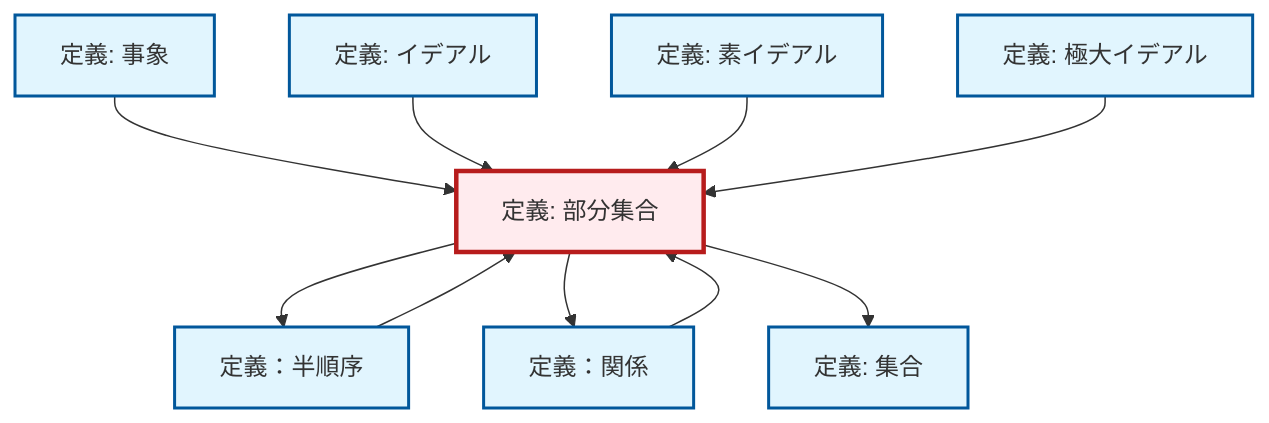
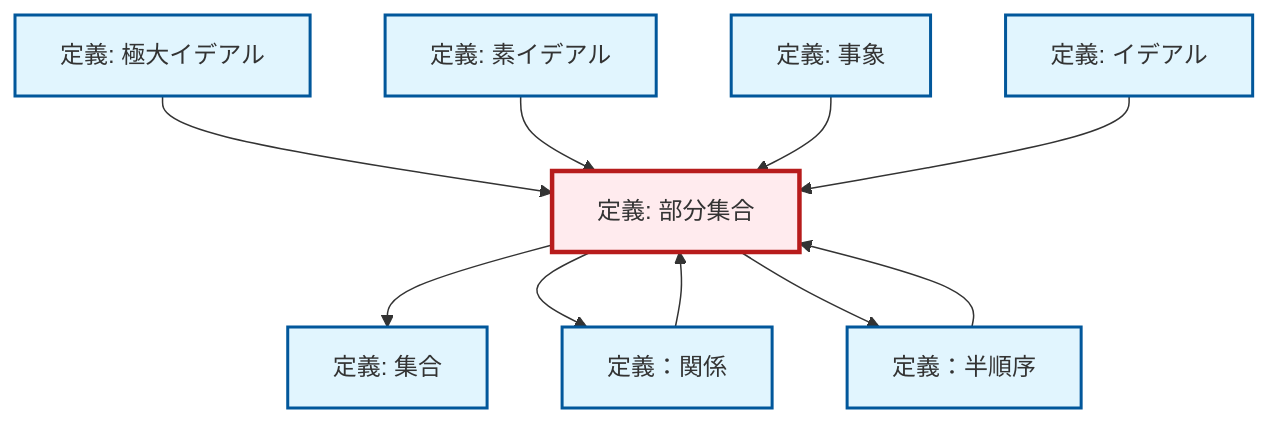
Before and after one commit to RK0429/ModernMath: the diagram in content/ja/logic-set-theory/def-subset.qmd, drawn with Mermaid. The commit also changed other lines of this file and 1012 other files, not shown here.

````diff
--- a/content/ja/logic-set-theory/def-subset.qmd
+++ b/content/ja/logic-set-theory/def-subset.qmd
@@ -52,34 +52,34 @@
 ```{mermaid}
 %%| fig-cap: "Local dependency graph"
 graph TD
     classDef definition fill:#e1f5fe,stroke:#01579b,stroke-width:2px
     classDef theorem fill:#f3e5f5,stroke:#4a148c,stroke-width:2px
     classDef axiom fill:#fff3e0,stroke:#e65100,stroke-width:2px
     classDef example fill:#e8f5e9,stroke:#1b5e20,stroke-width:2px
     classDef current fill:#ffebee,stroke:#b71c1c,stroke-width:3px
+    def-maximal-ideal["定義: 極大イデアル"]:::definition
+    def-subset["定義: 部分集合"]:::definition
+    def-partial-order["定義：半順序"]:::definition
     def-set["定義: 集合"]:::definition
-    def-maximal-ideal["定義: 極大イデアル"]:::definition
     def-prime-ideal["定義: 素イデアル"]:::definition
+    def-event["定義: 事象"]:::definition
+    def-ideal["定義: イデアル"]:::definition
     def-relation["定義：関係"]:::definition
-    def-ideal["定義: イデアル"]:::definition
-    def-event["定義: 事象"]:::definition
-    def-partial-order["定義：半順序"]:::definition
-    def-subset["定義: 部分集合"]:::definition
+    def-maximal-ideal --> def-subset
+    def-subset --> def-set
+    def-prime-ideal --> def-subset
+    def-event --> def-subset
+    def-relation --> def-subset
+    def-subset --> def-relation
+    def-ideal --> def-subset
     def-subset --> def-partial-order
-    def-subset --> def-relation
-    def-subset --> def-set
-    def-event --> def-subset
-    def-ideal --> def-subset
-    def-prime-ideal --> def-subset
     def-partial-order --> def-subset
-    def-relation --> def-subset
-    def-maximal-ideal --> def-subset
     class def-subset current
+    click def-maximal-ideal "def-maximal-ideal.html" "極大イデアルの定義へ"
+    click def-partial-order "def-partial-order.html" "定義：半順序へ"
     click def-set "def-set.html" "集合の定義へ"
-    click def-maximal-ideal "def-maximal-ideal.html" "極大イデアルの定義へ"
     click def-prime-ideal "def-prime-ideal.html" "素イデアルの定義へ"
+    click def-event "def-event.html" "事象の定義へ"
+    click def-ideal "def-ideal.html" "イデアルの定義へ"
     click def-relation "def-relation.html" "定義：関係へ"
-    click def-ideal "def-ideal.html" "イデアルの定義へ"
-    click def-event "def-event.html" "事象の定義へ"
-    click def-partial-order "def-partial-order.html" "定義：半順序へ"
 ```
````
